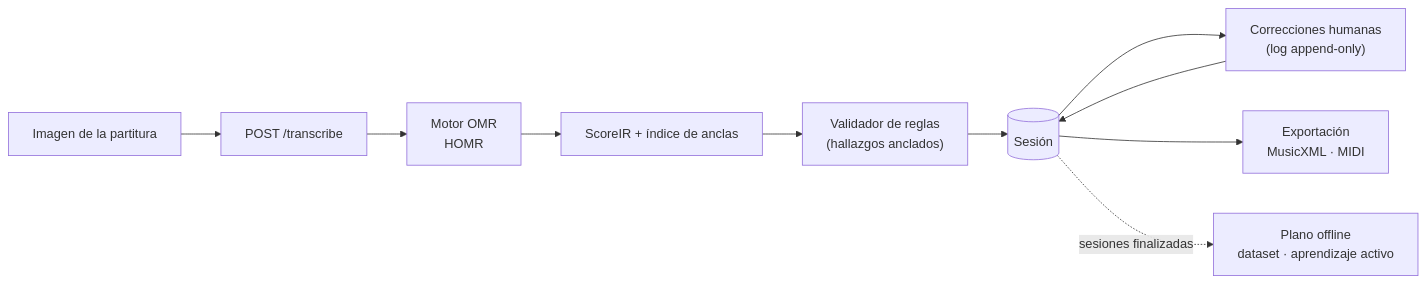
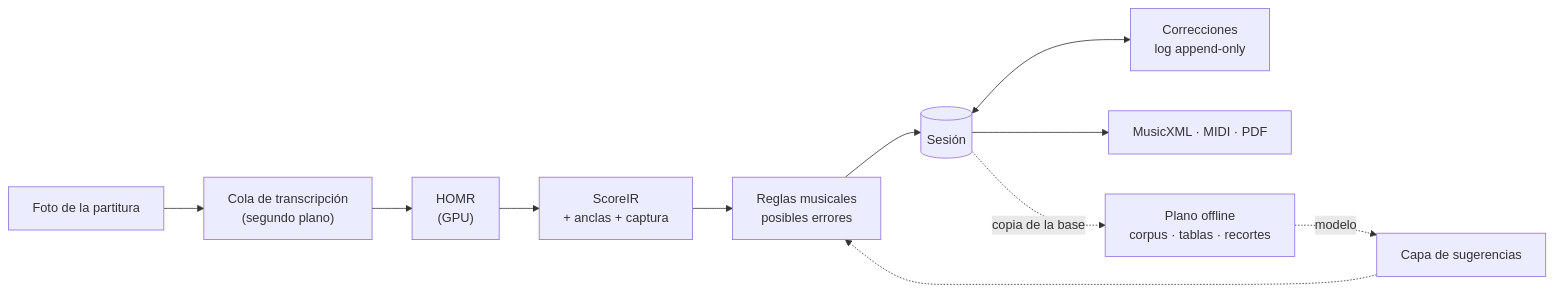
Before and after one commit to sebdavid3/Cadenza: the diagram in README.md, drawn with Mermaid. The commit also changed other lines of this file and 1 other file, not shown here.

````diff
--- a/README.md
+++ b/README.md
@@ -40,12 +63,13 @@
 ```mermaid
 flowchart LR
-    img[Imagen de la partitura] --> T["POST /transcribe"]
-    T --> OMR["Motor OMR<br/>HOMR"]
-    OMR --> IR["ScoreIR + índice de anclas"]
-    IR --> V["Validador de reglas<br/>(hallazgos anclados)"]
+    img[Foto de la partitura] --> Q["Cola de transcripción<br/>(segundo plano)"]
+    Q --> OMR["HOMR<br/>(GPU)"]
+    OMR --> IR["ScoreIR<br/>+ anclas + captura"]
+    IR --> V["Reglas musicales<br/>posibles errores"]
     V --> S[(Sesión)]
-    S --> E["Correcciones humanas<br/>(log append-only)"]
-    E --> S
-    S --> X["Exportación<br/>MusicXML · MIDI"]
-    S -. sesiones finalizadas .-> OFF["Plano offline<br/>dataset · aprendizaje activo"]
+    S <--> E["Correcciones<br/>log append-only"]
+    S --> X["MusicXML · MIDI · PDF"]
+    S -. copia de la base .-> OFF["Plano offline<br/>corpus · tablas · recortes"]
+    OFF -. modelo .-> SUG["Capa de sugerencias"]
+    SUG -.-> V
 ```
````
